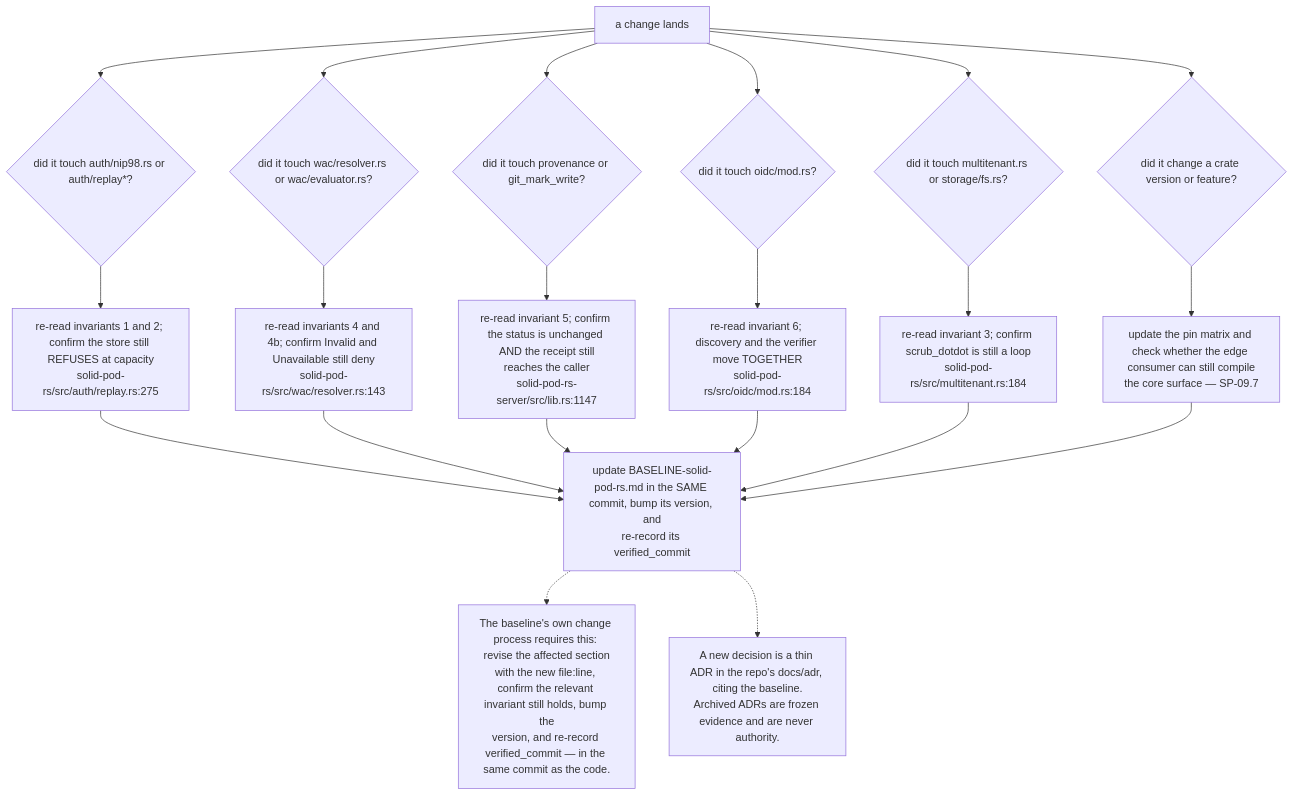
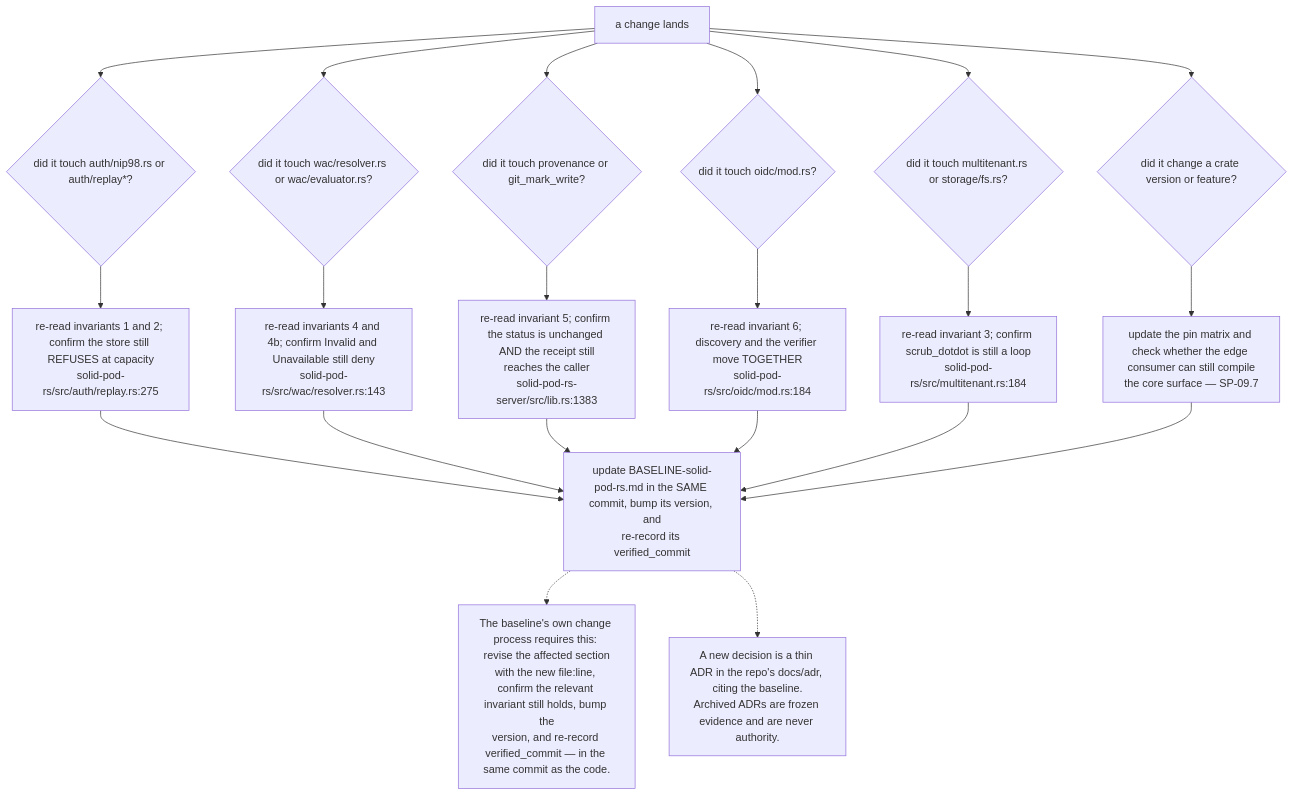
Diagram 11 of 12 in docs/diagrams/solid-pod-rs/10-failure-modes-and-invariants.md (DreamLab-AI/VisionFlow), drawn with Mermaid before and after one commit. The commit also changed other lines of this file and 160 other files, not shown here.

````diff
--- a/docs/diagrams/solid-pod-rs/10-failure-modes-and-invariants.md
+++ b/docs/diagrams/solid-pod-rs/10-failure-modes-and-invariants.md
@@ -306,30 +311,30 @@
 ```mermaid
 flowchart TD
     START["a change lands"]
     Q1{"did it touch auth/nip98.rs or auth/replay*?"}
     Q2{"did it touch wac/resolver.rs or wac/evaluator.rs?"}
     Q3{"did it touch provenance or git_mark_write?"}
     Q4{"did it touch oidc/mod.rs?"}
     Q5{"did it touch multitenant.rs or storage/fs.rs?"}
     Q6{"did it change a crate version or feature?"}
 
     C1["re-read invariants 1 and 2; confirm the store still REFUSES at capacity<br/>solid-pod-rs/src/auth/replay.rs:275"]
     C2["re-read invariants 4 and 4b; confirm Invalid and Unavailable still deny<br/>solid-pod-rs/src/wac/resolver.rs:143"]
-    C3["re-read invariant 5; confirm the status is unchanged AND the receipt still<br/>reaches the caller<br/>solid-pod-rs-server/src/lib.rs:1147"]
+    C3["re-read invariant 5; confirm the status is unchanged AND the receipt still<br/>reaches the caller<br/>solid-pod-rs-server/src/lib.rs:1383"]
     C4["re-read invariant 6; discovery and the verifier move TOGETHER<br/>solid-pod-rs/src/oidc/mod.rs:184"]
     C5["re-read invariant 3; confirm scrub_dotdot is still a loop<br/>solid-pod-rs/src/multitenant.rs:184"]
     C6["update the pin matrix and check whether the edge consumer can still compile<br/>the core surface — SP-09.7"]
     BL["update BASELINE-solid-pod-rs.md in the SAME commit, bump its version, and<br/>re-record its verified_commit"]
 
     START --> Q1 --> C1 --> BL
     START --> Q2 --> C2 --> BL
     START --> Q3 --> C3 --> BL
     START --> Q4 --> C4 --> BL
     START --> Q5 --> C5 --> BL
     START --> Q6 --> C6 --> BL
 
     N["The baseline's own change process requires this: revise the affected section<br/>with the new file:line, confirm the relevant invariant still holds, bump the<br/>version, and re-record verified_commit — in the same commit as the code."]
     BL -.-> N
     N2["A new decision is a thin ADR in the repo's docs/adr, citing the baseline.<br/>Archived ADRs are frozen evidence and are never authority."]
     BL -.-> N2
 ```
````
